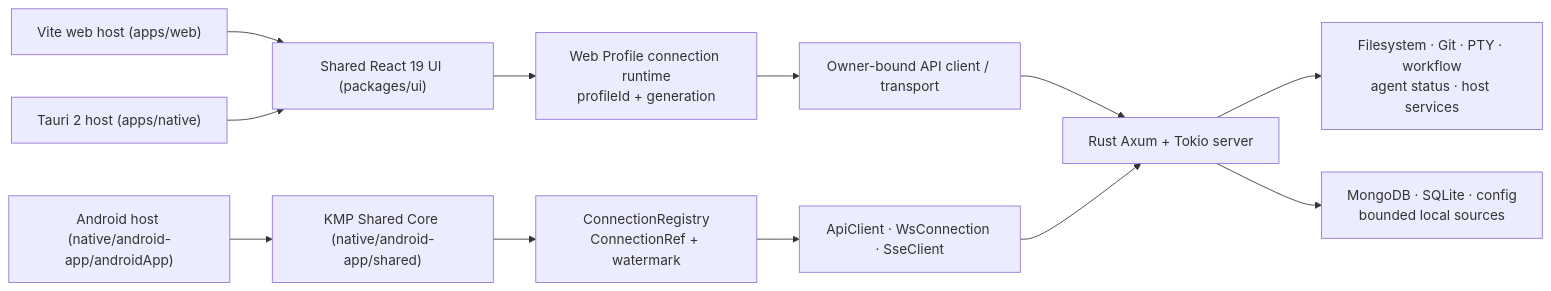
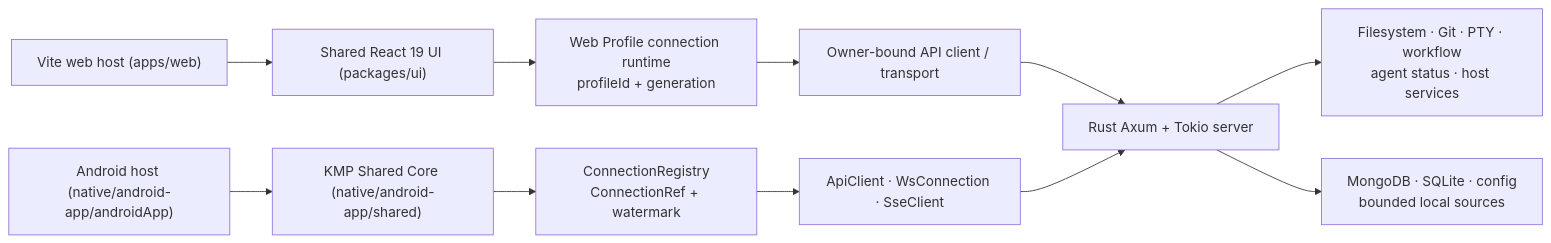
The diagram in docs/system-architecture.md (loidinhm31/dam-hopper), drawn with Mermaid before and after one commit. The commit also changed other lines of this file and 1160 other files, not shown here.

````diff
--- a/docs/system-architecture.md
+++ b/docs/system-architecture.md
@@ -9,14 +9,13 @@
 ```mermaid
 flowchart LR
   Web["Vite web host (apps/web)"] --> UI["Shared React 19 UI (packages/ui)"]
-  Native["Tauri 2 host (apps/native)"] --> UI
   Android["Android host (native/android-app/androidApp)"] --> KMP["KMP Shared Core (native/android-app/shared)"]
   UI --> Profiles["Web Profile connection runtime<br/>profileId + generation"]
   KMP --> Reg["ConnectionRegistry<br/>ConnectionRef + watermark"]
   Profiles --> Client["Owner-bound API client / transport"]
   Reg --> ClientNative["ApiClient · WsConnection · SseClient"]
   Client --> Server["Rust Axum + Tokio server"]
   ClientNative --> Server
   Server --> Domains["Filesystem · Git · PTY · workflow<br/>agent status · host services"]
   Server --> Store["MongoDB · SQLite · config<br/>bounded local sources"]
 ```
````
